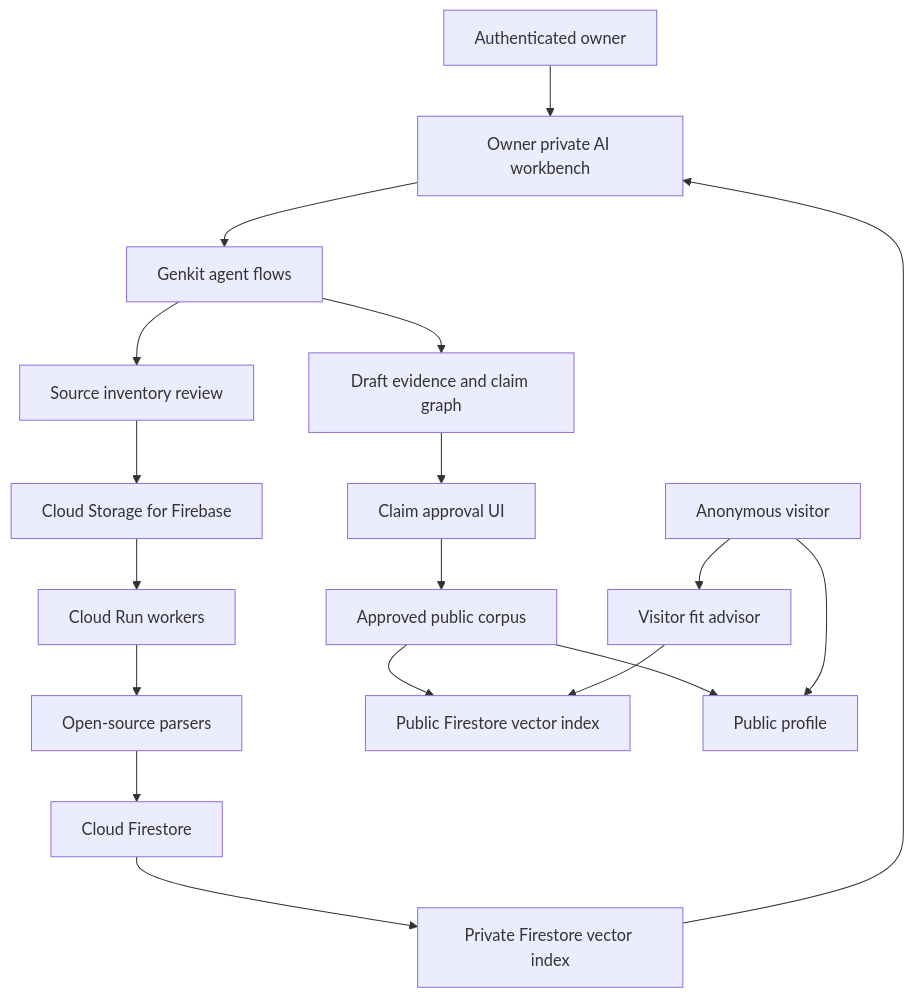
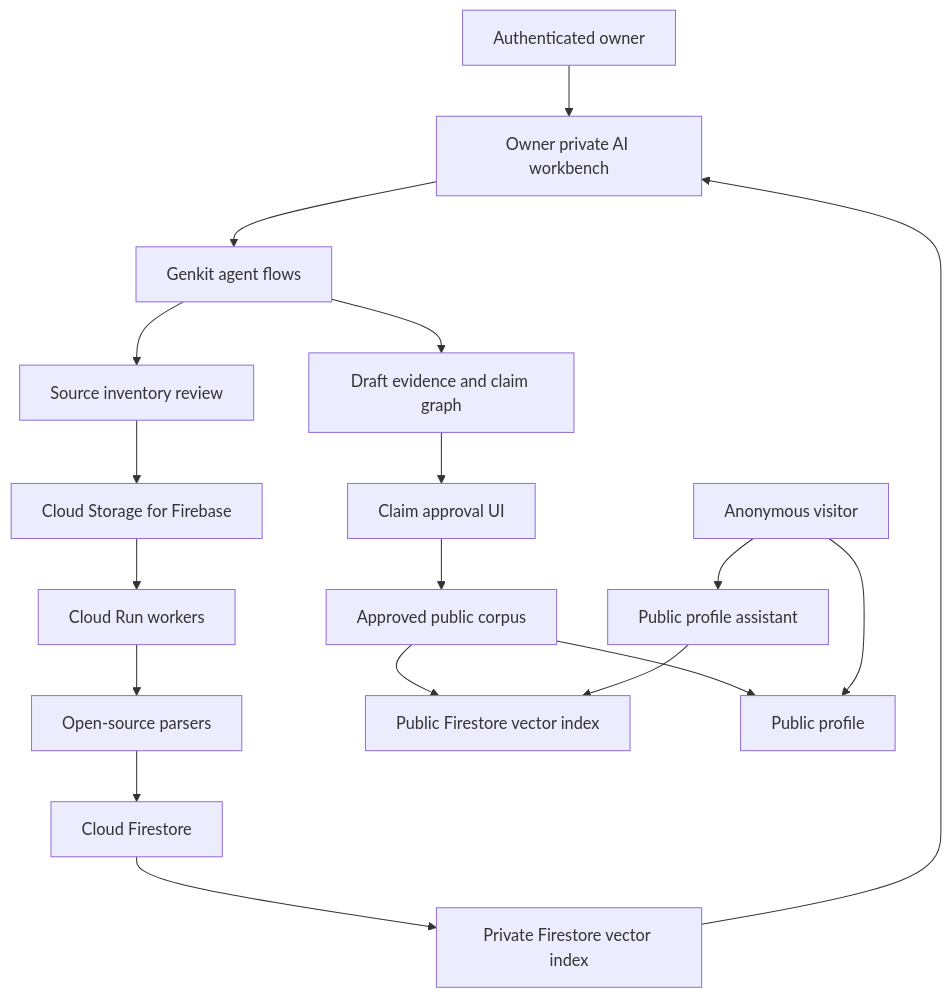
One commit to khanmjk/ProofKind changed the diagram in docs/technicalArchitecturePlan.md. Above: the diagram before and after it, drawn with Mermaid. The commit also changed other lines of this file and 18 other files, not shown here.

````diff
--- a/docs/technicalArchitecturePlan.md
+++ b/docs/technicalArchitecturePlan.md
@@ -240,37 +240,37 @@
 ```mermaid
 flowchart TD
   Owner["Authenticated owner"]
   OwnerChat["Owner private AI workbench"]
   SourceReview["Source inventory review"]
   Storage["Cloud Storage for Firebase"]
   Jobs["Cloud Run workers"]
   Parser["Open-source parsers"]
   Firestore["Cloud Firestore"]
   PrivateVectors["Private Firestore vector index"]
   Genkit["Genkit agent flows"]
   Claims["Draft evidence and claim graph"]
   Approval["Claim approval UI"]
   PublicCorpus["Approved public corpus"]
   PublicVectors["Public Firestore vector index"]
   Profile["Public profile"]
   Visitor["Anonymous visitor"]
-  FitChat["Visitor fit advisor"]
+  FitChat["Public profile assistant"]
 
   Owner --> OwnerChat
   OwnerChat --> Genkit
   Genkit --> SourceReview
   SourceReview --> Storage
   Storage --> Jobs
   Jobs --> Parser
   Parser --> Firestore
   Firestore --> PrivateVectors
   PrivateVectors --> OwnerChat
   Genkit --> Claims
   Claims --> Approval
   Approval --> PublicCorpus
   PublicCorpus --> PublicVectors
   PublicCorpus --> Profile
   Visitor --> Profile
   Visitor --> FitChat
   FitChat --> PublicVectors
 ```
````
